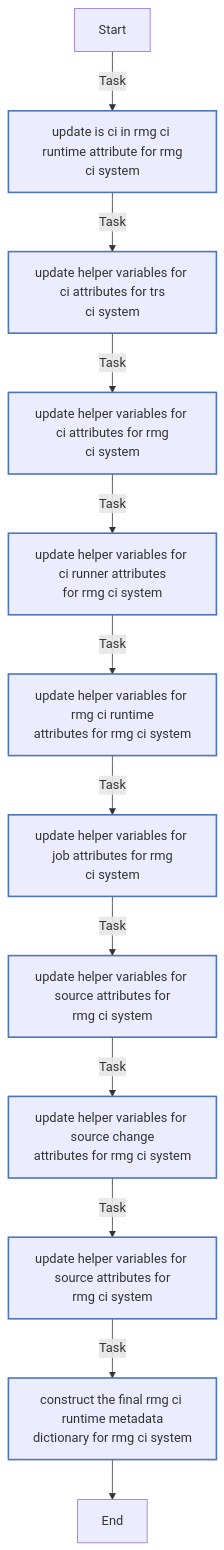
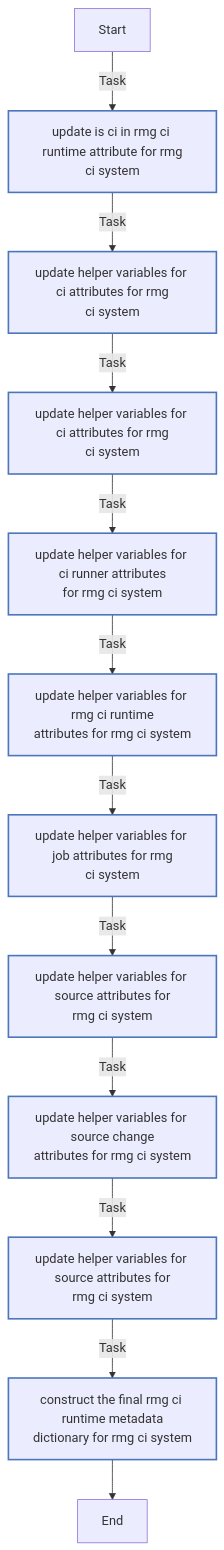
Before and after one commit to mvk/eco-ci-cd: the fifth of 7 diagrams in playbooks/infra/reporting/roles/report_metadata_gen/README.md, drawn with Mermaid. The commit also changed other lines of this file and 3 other files, not shown here.

````diff
--- a/playbooks/infra/reporting/roles/report_metadata_gen/README.md
+++ b/playbooks/infra/reporting/roles/report_metadata_gen/README.md
@@ -254,24 +254,24 @@
 ```mermaid
 flowchart TD
 Start
 classDef block stroke:#3498db,stroke-width:2px;
 classDef task stroke:#4b76bb,stroke-width:2px;
 classDef includeTasks stroke:#16a085,stroke-width:2px;
 classDef importTasks stroke:#34495e,stroke-width:2px;
 classDef includeRole stroke:#2980b9,stroke-width:2px;
 classDef importRole stroke:#699ba7,stroke-width:2px;
 classDef includeVars stroke:#8e44ad,stroke-width:2px;
 classDef rescue stroke:#665352,stroke-width:2px;
 
   Start-->|Task| Update_is_ci_in_rmg_ci_runtime_attribute_for_rmg_ci_system0[update is ci in rmg ci runtime attribute for rmg<br>ci system]:::task
-  Update_is_ci_in_rmg_ci_runtime_attribute_for_rmg_ci_system0-->|Task| Update_helper_variables_for_ci_attributes_for_trs_ci_system1[update helper variables for ci attributes for trs<br>ci system]:::task
-  Update_helper_variables_for_ci_attributes_for_trs_ci_system1-->|Task| Update_helper_variables_for_ci_attributes_for_rmg_ci_system2[update helper variables for ci attributes for rmg<br>ci system]:::task
+  Update_is_ci_in_rmg_ci_runtime_attribute_for_rmg_ci_system0-->|Task| Update_helper_variables_for_ci_attributes_for_rmg_ci_system1[update helper variables for ci attributes for rmg<br>ci system]:::task
+  Update_helper_variables_for_ci_attributes_for_rmg_ci_system1-->|Task| Update_helper_variables_for_ci_attributes_for_rmg_ci_system2[update helper variables for ci attributes for rmg<br>ci system]:::task
   Update_helper_variables_for_ci_attributes_for_rmg_ci_system2-->|Task| Update_helper_variables_for_ci_runner_attributes_for_rmg_ci_system3[update helper variables for ci runner attributes<br>for rmg ci system]:::task
   Update_helper_variables_for_ci_runner_attributes_for_rmg_ci_system3-->|Task| Update_helper_variables_for_rmg_ci_runtime_attributes_for_rmg_ci_system4[update helper variables for rmg ci runtime<br>attributes for rmg ci system]:::task
   Update_helper_variables_for_rmg_ci_runtime_attributes_for_rmg_ci_system4-->|Task| Update_helper_variables_for_job_attributes_for_rmg_ci_system5[update helper variables for job attributes for rmg<br>ci system]:::task
   Update_helper_variables_for_job_attributes_for_rmg_ci_system5-->|Task| Update_helper_variables_for_source_attributes_for_rmg_ci_system6[update helper variables for source attributes for<br>rmg ci system]:::task
   Update_helper_variables_for_source_attributes_for_rmg_ci_system6-->|Task| Update_helper_variables_for_source_change_attributes_for_rmg_ci_system7[update helper variables for source change<br>attributes for rmg ci system]:::task
   Update_helper_variables_for_source_change_attributes_for_rmg_ci_system7-->|Task| Update_helper_variables_for_source_attributes_for_rmg_ci_system8[update helper variables for source attributes for<br>rmg ci system]:::task
   Update_helper_variables_for_source_attributes_for_rmg_ci_system8-->|Task| Construct_the_final_rmg_ci_runtime_metadata_dictionary_for_rmg_ci_system9[construct the final rmg ci runtime metadata<br>dictionary for rmg ci system]:::task
   Construct_the_final_rmg_ci_runtime_metadata_dictionary_for_rmg_ci_system9-->End
 ```
````
